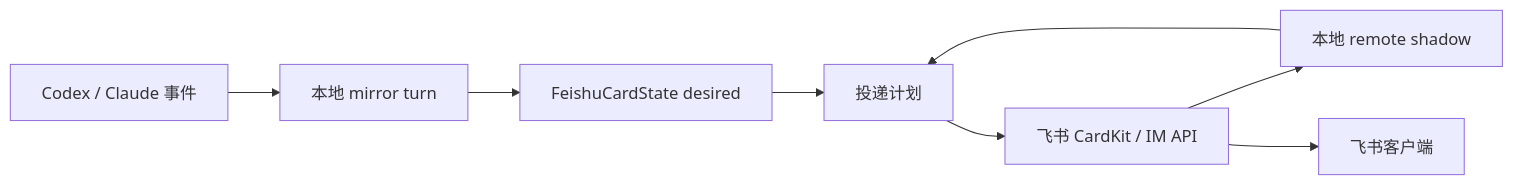
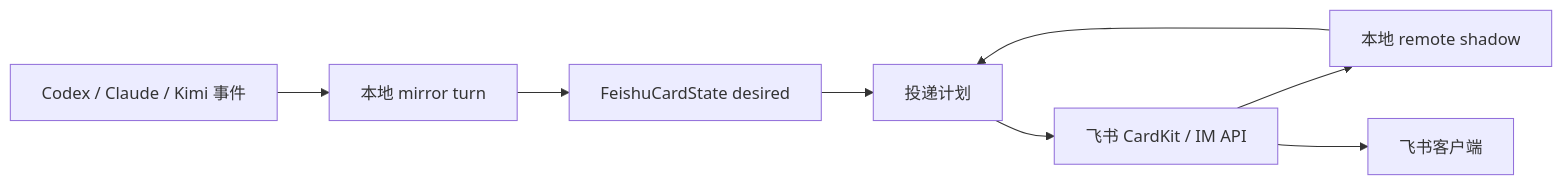
One commit to huiyeruzhou/codelark changed the diagram in docs/architecture/streaming-card.md. Above: the diagram before and after it, drawn with Mermaid. The commit also changed other lines of this file and 191 other files, not shown here.

Commit message:
Add Kimi tmux runtime support

````diff
--- a/docs/architecture/streaming-card.md
+++ b/docs/architecture/streaming-card.md
@@ -14,18 +14,18 @@
 ```mermaid
 flowchart LR
-  runtime[Codex / Claude 事件]
+  runtime[Codex / Claude / Kimi 事件]
   mirror[本地 mirror turn]
   desired[FeishuCardState desired]
   plan[投递计划]
   shadow[本地 remote shadow]
   api[飞书 CardKit / IM API]
   client[飞书客户端]
 
   runtime --> mirror
   mirror --> desired
   desired --> plan
   shadow --> plan
   plan --> api
   api --> shadow
   api --> client
 ```
````
